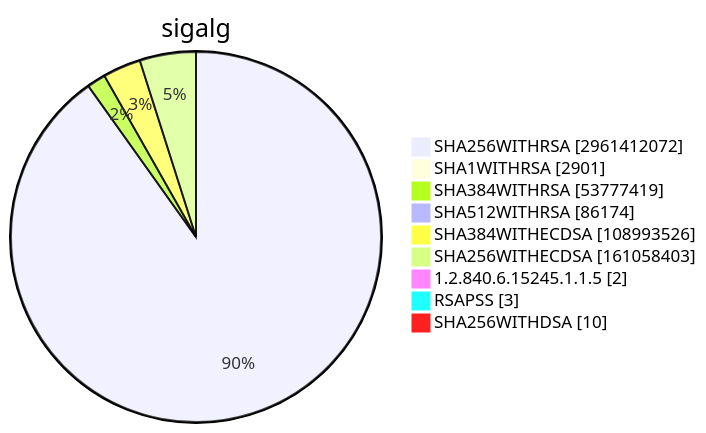
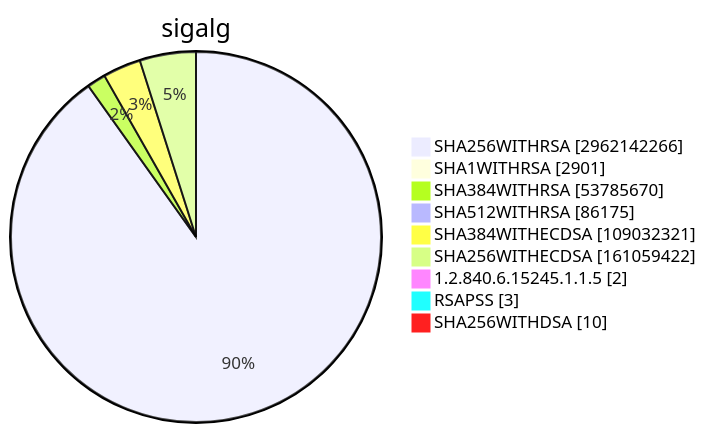
Diagram 15 of 15 in TOTAL/README.md (christiankrug/ctmonitor_visualization), drawn with Mermaid before and after one commit. The commit also changed other lines of this file, not shown here.

````diff
--- a/TOTAL/README.md
+++ b/TOTAL/README.md
@@ -6207,13 +6207,13 @@
 ```mermaid
 pie showData
 title sigalg
-"SHA256WITHRSA" :2961412072
+"SHA256WITHRSA" :2962142266
 "SHA1WITHRSA" :2901
-"SHA384WITHRSA" :53777419
-"SHA512WITHRSA" :86174
-"SHA384WITHECDSA" :108993526
-"SHA256WITHECDSA" :161058403
+"SHA384WITHRSA" :53785670
+"SHA512WITHRSA" :86175
+"SHA384WITHECDSA" :109032321
+"SHA256WITHECDSA" :161059422
 "1.2.840.6.15245.1.1.5" :2
 "RSAPSS" :3
 "SHA256WITHDSA" :10
 ```
````
